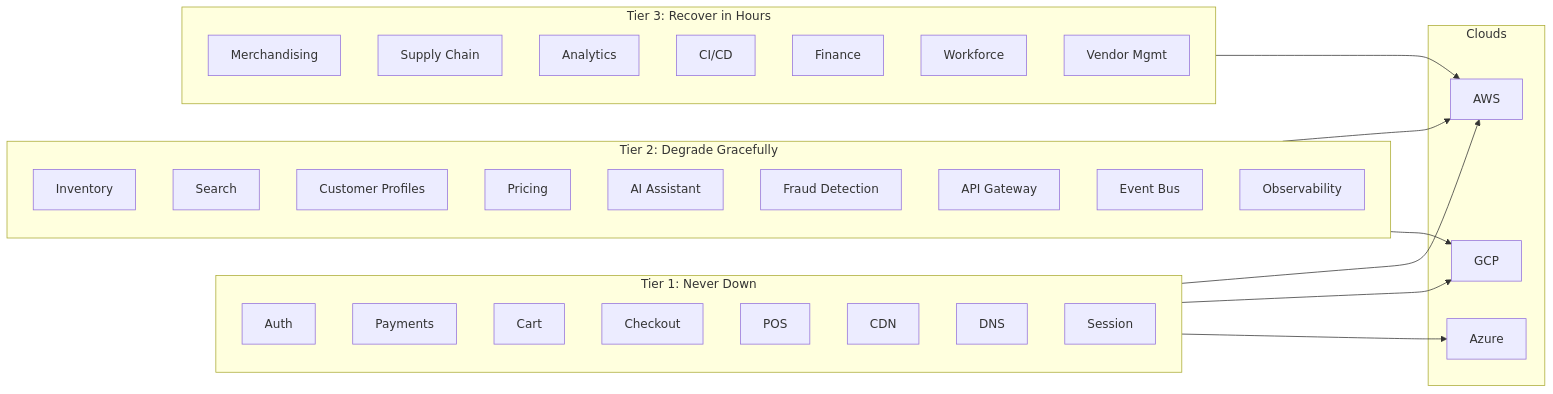
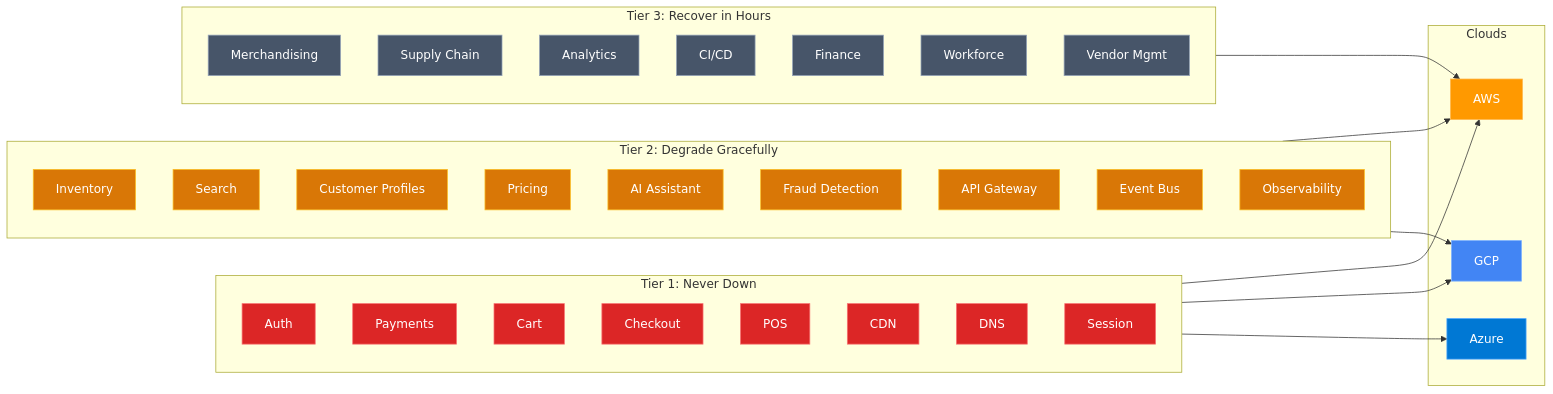
One commit to bcraavi/godseye changed the seventh of 8 diagrams in docs/architecture/five-layers.md. Above: the diagram before and after it, drawn with Mermaid. The commit also changed other lines of this file and 1 other file, not shown here.

First line of the commit message:
Color-code architecture diagrams by layer

````diff
--- a/docs/architecture/five-layers.md
+++ b/docs/architecture/five-layers.md
@@ -396,50 +474,64 @@
 ```mermaid
 flowchart LR
     subgraph Tier1["Tier 1: Never Down"]
         T1_Auth["Auth"]
         T1_Pay["Payments"]
         T1_Cart["Cart"]
         T1_Checkout["Checkout"]
         T1_POS["POS"]
         T1_CDN["CDN"]
         T1_DNS["DNS"]
         T1_Session["Session"]
     end
 
     subgraph Tier2["Tier 2: Degrade Gracefully"]
         T2_Inv["Inventory"]
         T2_Search["Search"]
         T2_CustProf["Customer Profiles"]
         T2_Price["Pricing"]
         T2_AIShopping["AI Assistant"]
         T2_Fraud["Fraud Detection"]
         T2_APIGW["API Gateway"]
         T2_Events["Event Bus"]
         T2_Obs["Observability"]
     end
 
     subgraph Tier3["Tier 3: Recover in Hours"]
         T3_Merch["Merchandising"]
         T3_SC["Supply Chain"]
         T3_Analytics["Analytics"]
         T3_CICD["CI/CD"]
         T3_Fin["Finance"]
         T3_WF["Workforce"]
         T3_Vendor["Vendor Mgmt"]
     end
 
     subgraph Clouds
         AWS["AWS"]
         GCP["GCP"]
         Azure["Azure"]
     end
 
     Tier1 --> AWS
     Tier1 --> GCP
     Tier1 --> Azure
 
     Tier2 --> AWS
     Tier2 --> GCP
 
     Tier3 --> AWS
+
+    classDef red fill:#dc2626,stroke:#f87171,color:#fff
+    classDef amber fill:#d97706,stroke:#fbbf24,color:#fff
+    classDef slate fill:#475569,stroke:#94a3b8,color:#fff
+    classDef aws fill:#ff9900,stroke:#ffb84d,color:#fff
+    classDef gcp fill:#4285f4,stroke:#79b0ff,color:#fff
+    classDef azure fill:#0078d4,stroke:#4da6ff,color:#fff
+
+    class T1_Auth,T1_Pay,T1_Cart,T1_Checkout,T1_POS,T1_CDN,T1_DNS,T1_Session red
+    class T2_Inv,T2_Search,T2_CustProf,T2_Price,T2_AIShopping,T2_Fraud,T2_APIGW,T2_Events,T2_Obs amber
+    class T3_Merch,T3_SC,T3_Analytics,T3_CICD,T3_Fin,T3_WF,T3_Vendor slate
+    class AWS aws
+    class GCP gcp
+    class Azure azure
 ```
````
